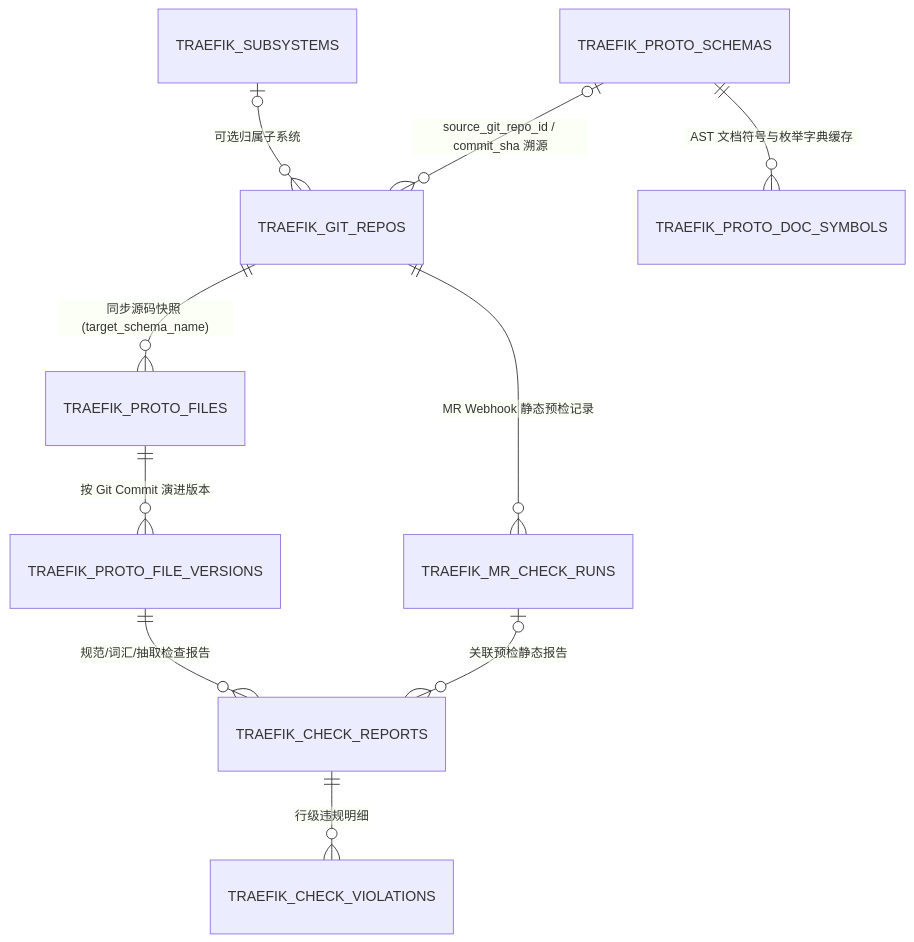
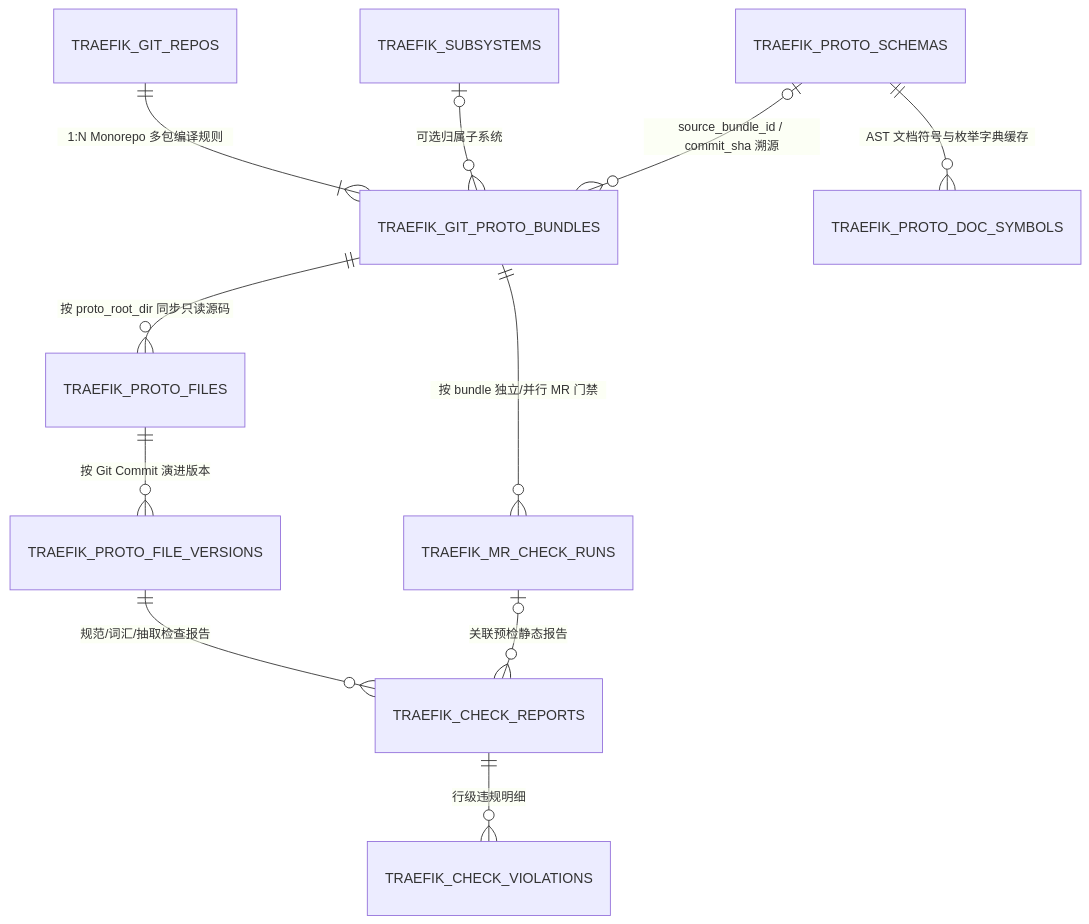
One commit to fugui/code-traefik changed the third of 3 diagrams in docs/05-adr/18-proto-full-lifecycle-and-git-mr-governance-adr.md. Above: the diagram before and after it, drawn with Mermaid. The commit also changed other lines of this file and 15 other files, not shown here.

````diff
--- a/docs/05-adr/18-proto-full-lifecycle-and-git-mr-governance-adr.md
+++ b/docs/05-adr/18-proto-full-lifecycle-and-git-mr-governance-adr.md
@@ -153,12 +153,13 @@
 ```mermaid
 erDiagram
-    TRAEFIK_GIT_REPOS ||--o{ TRAEFIK_PROTO_FILES : "同步源码快照 (target_schema_name)"
-    TRAEFIK_GIT_REPOS ||--o{ TRAEFIK_MR_CHECK_RUNS : "MR Webhook 静态预检记录"
-    TRAEFIK_SUBSYSTEMS |o--o{ TRAEFIK_GIT_REPOS : "可选归属子系统"
+    TRAEFIK_GIT_REPOS ||--|{ TRAEFIK_GIT_PROTO_BUNDLES : "1:N Monorepo 多包编译规则"
+    TRAEFIK_GIT_PROTO_BUNDLES ||--o{ TRAEFIK_PROTO_FILES : "按 proto_root_dir 同步只读源码"
+    TRAEFIK_GIT_PROTO_BUNDLES ||--o{ TRAEFIK_MR_CHECK_RUNS : "按 bundle 独立/并行 MR 门禁"
+    TRAEFIK_SUBSYSTEMS |o--o{ TRAEFIK_GIT_PROTO_BUNDLES : "可选归属子系统"
     TRAEFIK_PROTO_FILES ||--o{ TRAEFIK_PROTO_FILE_VERSIONS : "按 Git Commit 演进版本"
     TRAEFIK_PROTO_FILE_VERSIONS ||--o{ TRAEFIK_CHECK_REPORTS : "规范/词汇/抽取检查报告"
     TRAEFIK_CHECK_REPORTS ||--o{ TRAEFIK_CHECK_VIOLATIONS : "行级违规明细"
     TRAEFIK_MR_CHECK_RUNS |o--o{ TRAEFIK_CHECK_REPORTS : "关联预检静态报告"
-    TRAEFIK_PROTO_SCHEMAS |o--o{ TRAEFIK_GIT_REPOS : "source_git_repo_id / commit_sha 溯源"
+    TRAEFIK_PROTO_SCHEMAS |o--o{ TRAEFIK_GIT_PROTO_BUNDLES : "source_bundle_id / commit_sha 溯源"
     TRAEFIK_PROTO_SCHEMAS ||--o{ TRAEFIK_PROTO_DOC_SYMBOLS : "AST 文档符号与枚举字典缓存"
 ```
````
